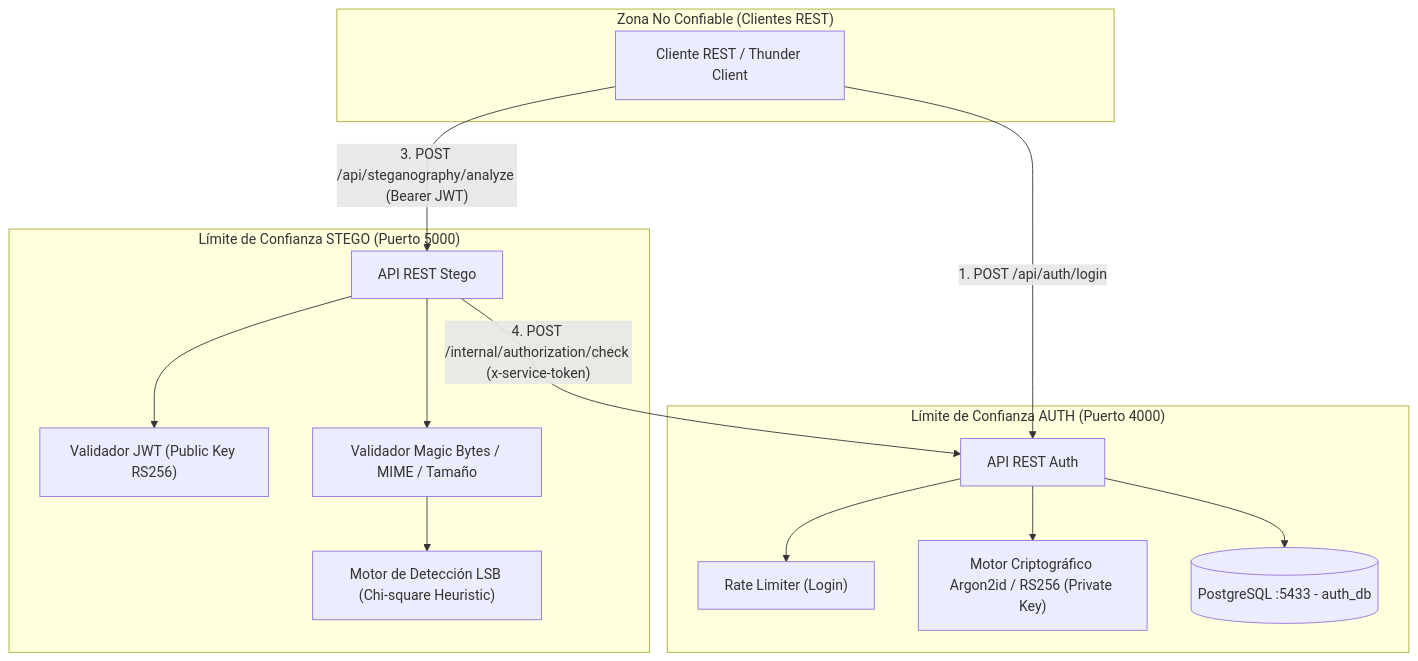
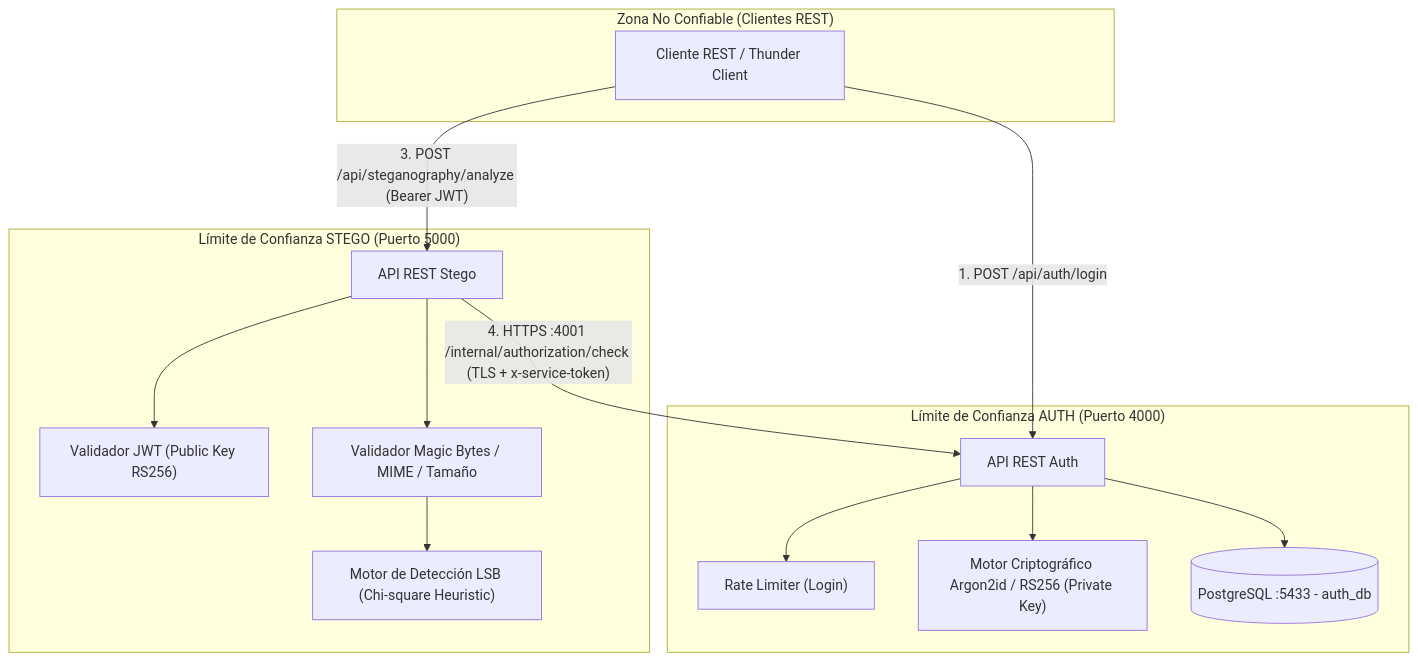
Before and after one commit to Jdquimbiulco/IntiLink: the diagram in docs/arquitectura.md, drawn with Mermaid. The commit also changed other lines of this file and 28 other files, not shown here.

````diff
--- a/docs/arquitectura.md
+++ b/docs/arquitectura.md
@@ -19,33 +19,33 @@
 ```mermaid
 flowchart TD
     subgraph Internet_Zona_No_Confiable ["Zona No Confiable (Clientes REST)"]
         Client["Cliente REST / Thunder Client"]
     end
 
     subgraph Perimetro_AUTH ["Límite de Confianza AUTH (Puerto 4000)"]
         AuthAPI["API REST Auth"]
         RateLimiter["Rate Limiter (Login)"]
         ArgonEngine["Motor Criptográfico Argon2id / RS256 (Private Key)"]
         DB[(PostgreSQL :5433 - auth_db)]
         
         AuthAPI --> RateLimiter
         AuthAPI --> ArgonEngine
         AuthAPI --> DB
     end
 
     subgraph Perimetro_STEGO ["Límite de Confianza STEGO (Puerto 5000)"]
         StegoAPI["API REST Stego"]
         JWTValidator["Validador JWT (Public Key RS256)"]
         FileValidator["Validador Magic Bytes / MIME / Tamaño"]
         LSBDetector["Motor de Detección LSB (Chi-square Heuristic)"]
         
         StegoAPI --> JWTValidator
         StegoAPI --> FileValidator
         FileValidator --> LSBDetector
     end
 
     %% Flujos de comunicación
     Client -->|"1. POST /api/auth/login"| AuthAPI
     Client -->|"3. POST /api/steganography/analyze (Bearer JWT)"| StegoAPI
-    StegoAPI -->|"4. POST /internal/authorization/check (x-service-token)"| AuthAPI
+    StegoAPI -->|"4. HTTPS :4001 /internal/authorization/check (TLS + x-service-token)"| AuthAPI
 ```
````
